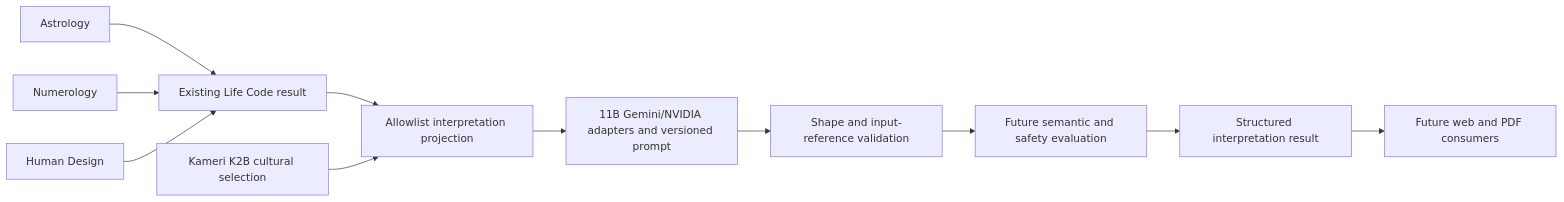
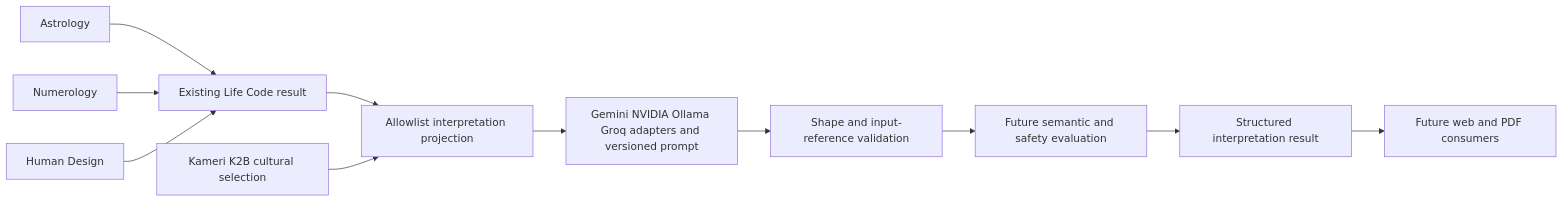
The diagram in docs/08_AI_INTERPRETATION.md (ismailbuzdan/yasam-kodu), drawn with Mermaid before and after one commit. The commit also changed other lines of this file and 14 other files, not shown here.

````diff
--- a/docs/08_AI_INTERPRETATION.md
+++ b/docs/08_AI_INTERPRETATION.md
@@ -16,13 +16,13 @@
 ```mermaid
 flowchart LR
   A[Astrology] --> L[Existing Life Code result]
   N[Numerology] --> L
   H[Human Design] --> L
   L --> P[Allowlist interpretation projection]
   K[Kameri K2B cultural selection] --> P
-  P --> V[11B Gemini/NVIDIA adapters and versioned prompt]
+  P --> V[Gemini NVIDIA Ollama Groq adapters and versioned prompt]
   V --> C[Shape and input-reference validation]
   C --> S[Future semantic and safety evaluation]
   S --> R[Structured interpretation result]
   R --> W[Future web and PDF consumers]
 ```
````
